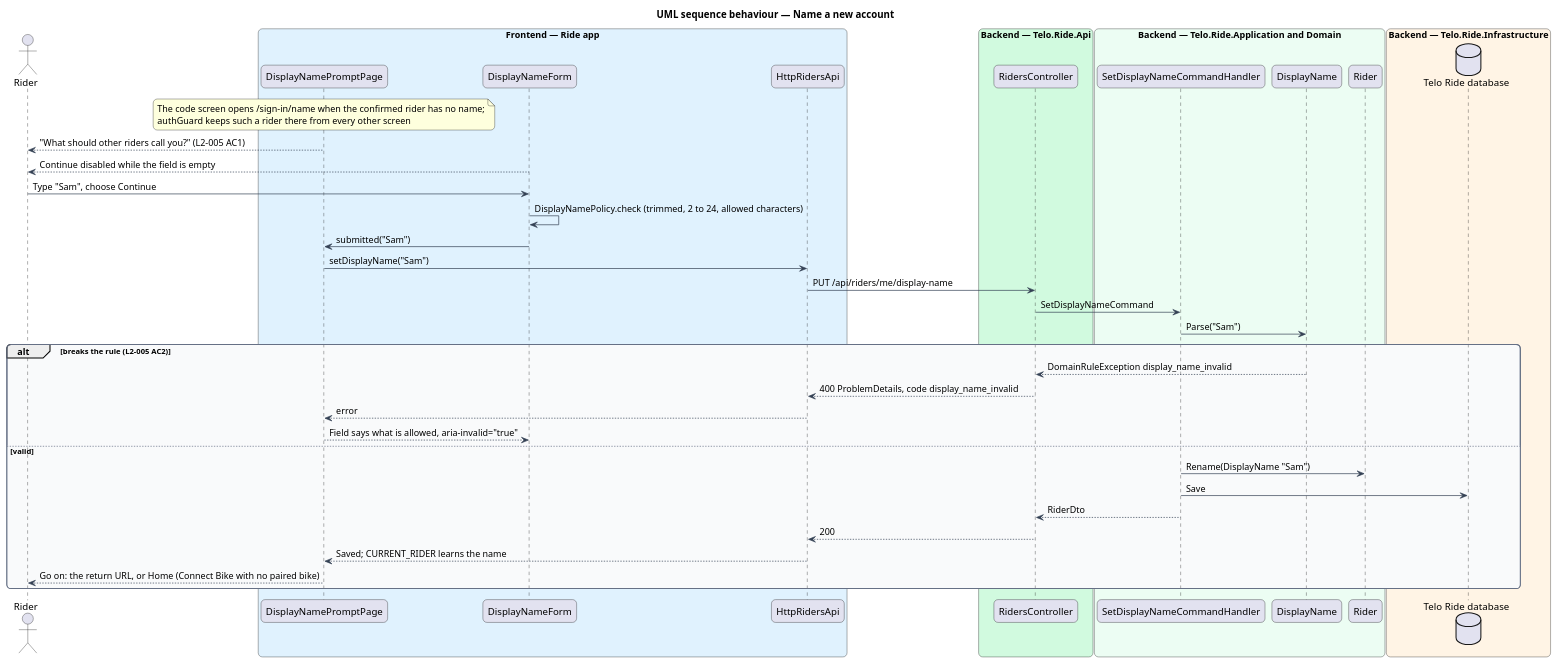
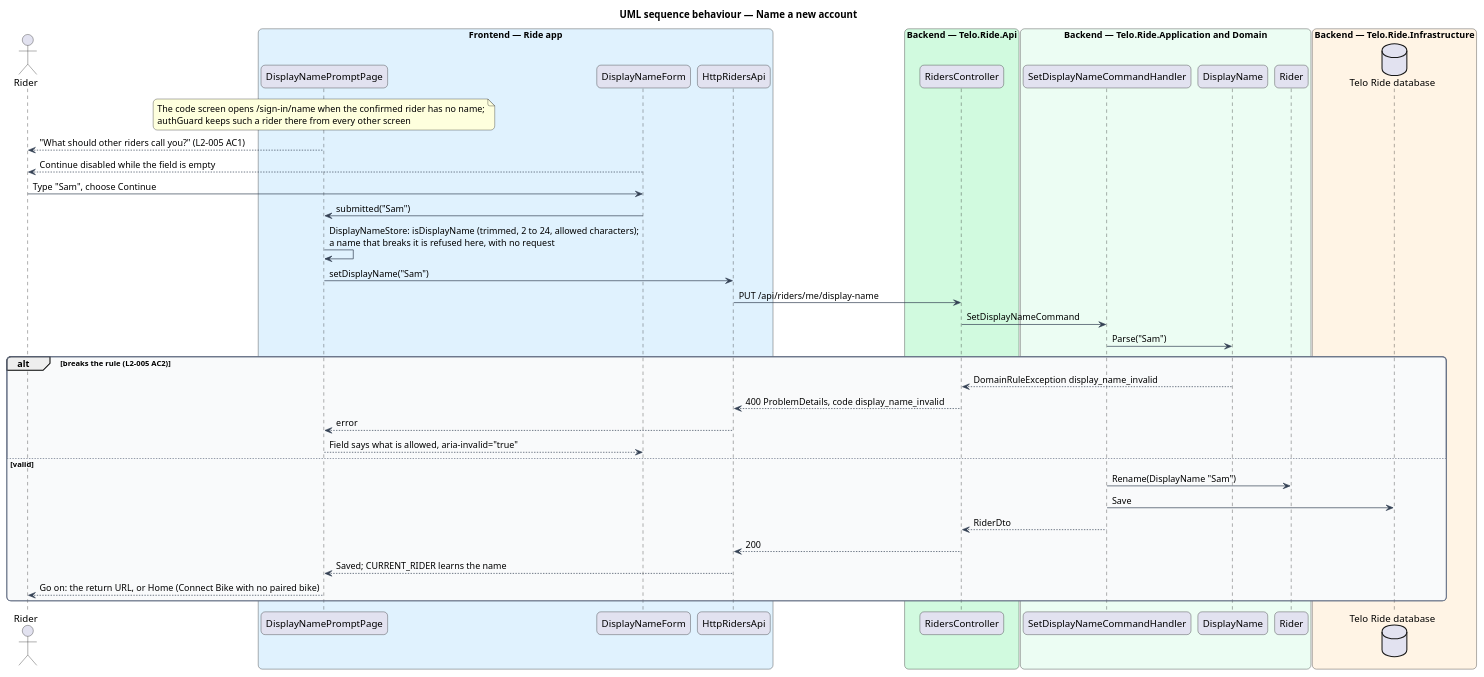
Before and after one commit to QuinntyneBrown/ride-one: the diagram in docs/detailed-designs/accounts/choose-a-display-name/diagrams/sequence-name-a-new-account.puml, drawn with PlantUML. The commit also changed 45 other files, not shown here.

First line of the commit message:
Ask for a display name and change it from Profile

```diff
--- a/docs/detailed-designs/accounts/choose-a-display-name/diagrams/sequence-name-a-new-account.puml
+++ b/docs/detailed-designs/accounts/choose-a-display-name/diagrams/sequence-name-a-new-account.puml
@@ -1,57 +1,57 @@
 @startuml
 title UML sequence behaviour — Name a new account
 skinparam backgroundColor #FFFFFF
 skinparam shadowing false
 skinparam roundcorner 12
 skinparam defaultFontName Arial
 skinparam ArrowColor #344054
 skinparam rectangle {
   BorderColor #344054
   FontColor #101828
 }
 skinparam package {
   BorderColor #667085
   FontColor #101828
   BackgroundColor #F9FAFB
 }
 actor "Rider" as actor
 box "Frontend — Ride app" #E0F2FE
   participant "DisplayNamePromptPage" as page
   participant "DisplayNameForm" as form
   participant "HttpRidersApi" as client
 end box
 box "Backend — Telo.Ride.Api" #D1FADF
   participant "RidersController" as ctrl
 end box
 box "Backend — Telo.Ride.Application and Domain" #ECFDF3
   participant "SetDisplayNameCommandHandler" as handler
   participant "DisplayName" as name
   participant "Rider" as rider
 end box
 box "Backend — Telo.Ride.Infrastructure" #FFF4E5
   database "Telo Ride database" as db
 end box
 note over page : The code screen opens /sign-in/name when the confirmed rider has no name;\nauthGuard keeps such a rider there from every other screen
 page --> actor : "What should other riders call you?" (L2-005 AC1)
 form --> actor : Continue disabled while the field is empty
 actor -> form : Type "Sam", choose Continue
-form -> form : DisplayNamePolicy.check (trimmed, 2 to 24, allowed characters)
 form -> page : submitted("Sam")
+page -> page : DisplayNameStore: isDisplayName (trimmed, 2 to 24, allowed characters);\na name that breaks it is refused here, with no request
 page -> client : setDisplayName("Sam")
 client -> ctrl : PUT /api/riders/me/display-name
 ctrl -> handler : SetDisplayNameCommand
 handler -> name : Parse("Sam")
 alt breaks the rule (L2-005 AC2)
   name --> ctrl : DomainRuleException display_name_invalid
   ctrl --> client : 400 ProblemDetails, code display_name_invalid
   client --> page : error
   page --> form : Field says what is allowed, aria-invalid="true"
 else valid
   handler -> rider : Rename(DisplayName "Sam")
   handler -> db : Save
   handler --> ctrl : RiderDto
   ctrl --> client : 200
   client --> page : Saved; CURRENT_RIDER learns the name
   page --> actor : Go on: the return URL, or Home (Connect Bike with no paired bike)
 end
 @enduml
```
